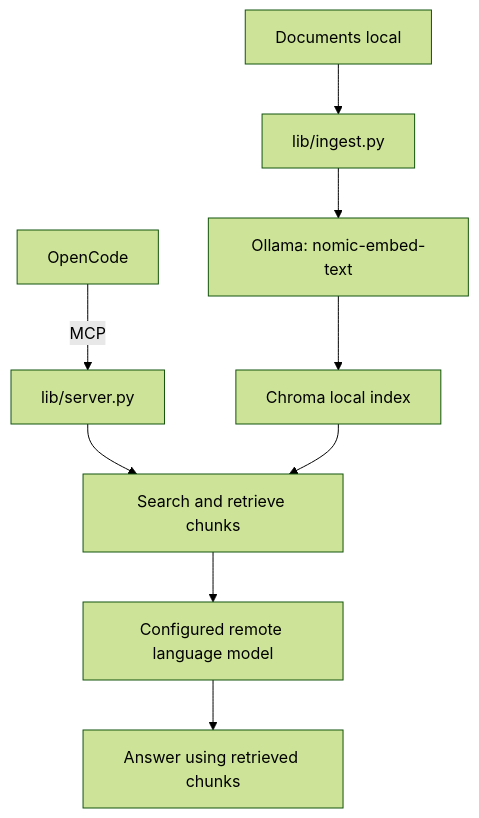
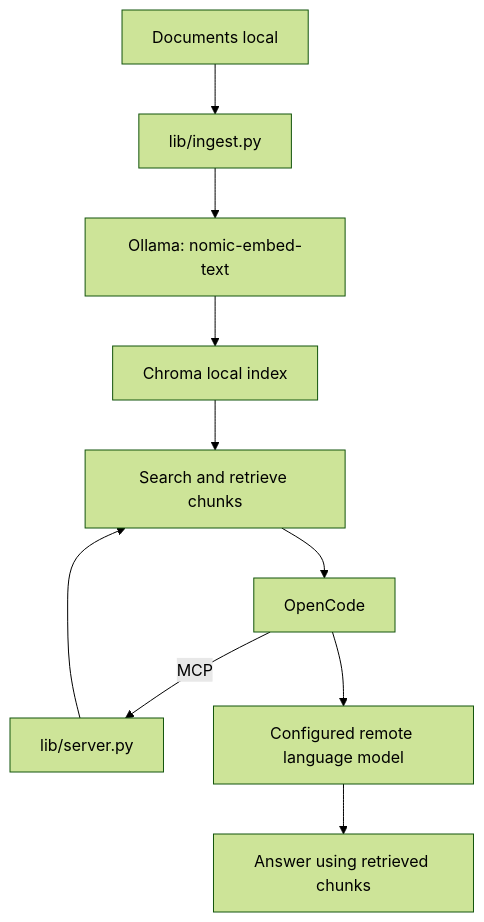
The diagram in README.md (andrepester/rag-search-mcp), drawn with Mermaid (forest theme) before and after one commit.

Commit message:
docs: align Mermaid flow with original architecture semantics

````diff
--- a/README.md
+++ b/README.md
@@ -13,13 +13,14 @@
 ```mermaid
 flowchart TD
     A["Documents local"] --> B["lib/ingest.py"]
     B --> C["Ollama: nomic-embed-text"]
     C --> D["Chroma local index"]
 
     E["OpenCode"] -->|MCP| F["lib/server.py"]
     F --> G["Search and retrieve chunks"]
     D --> G
+    G --> E
 
-    G --> H["Configured remote language model"]
+    E --> H["Configured remote language model"]
     H --> I["Answer using retrieved chunks"]
 ```
````
